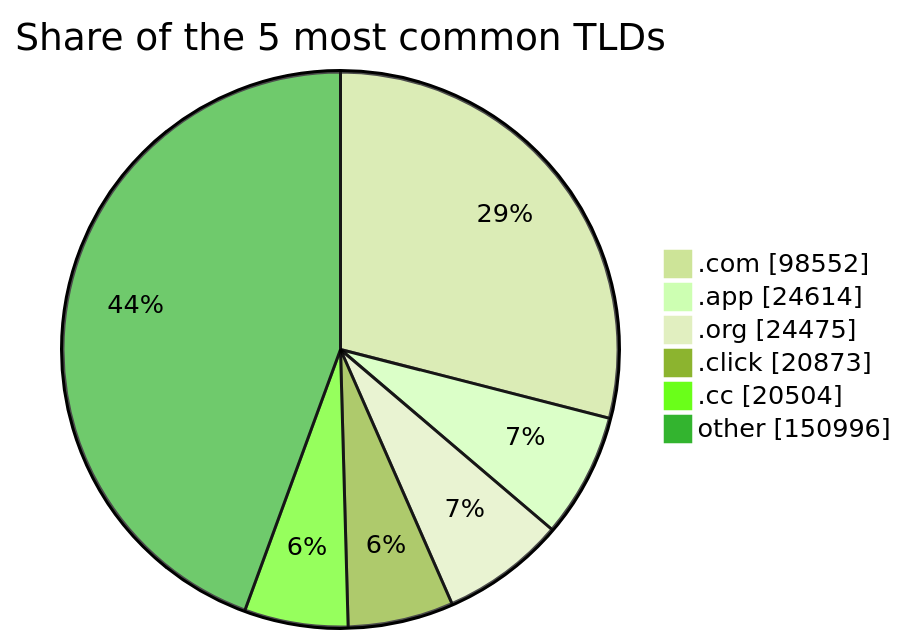
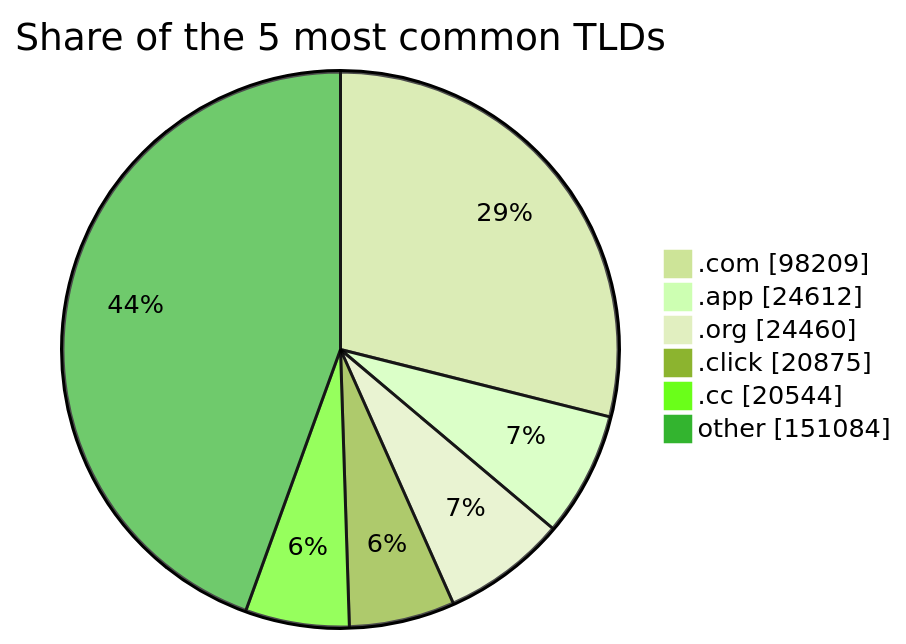
Before and after one commit to DNSBunker/CTI: the third of 3 diagrams in README.md, drawn with Mermaid (forest theme). The commit also changed other lines of this file and 4 other files, not shown here.

````diff
--- a/README.md
+++ b/README.md
@@ -81,9 +81,9 @@
 ```mermaid
 pie showData title Share of the 5 most common TLDs
-    ".com" : 98552
-    ".app" : 24614
-    ".org" : 24475
-    ".click" : 20873
-    ".cc" : 20504
-    "other" : 150996
+    ".com" : 98209
+    ".app" : 24612
+    ".org" : 24460
+    ".click" : 20875
+    ".cc" : 20544
+    "other" : 151084
 ```
````
